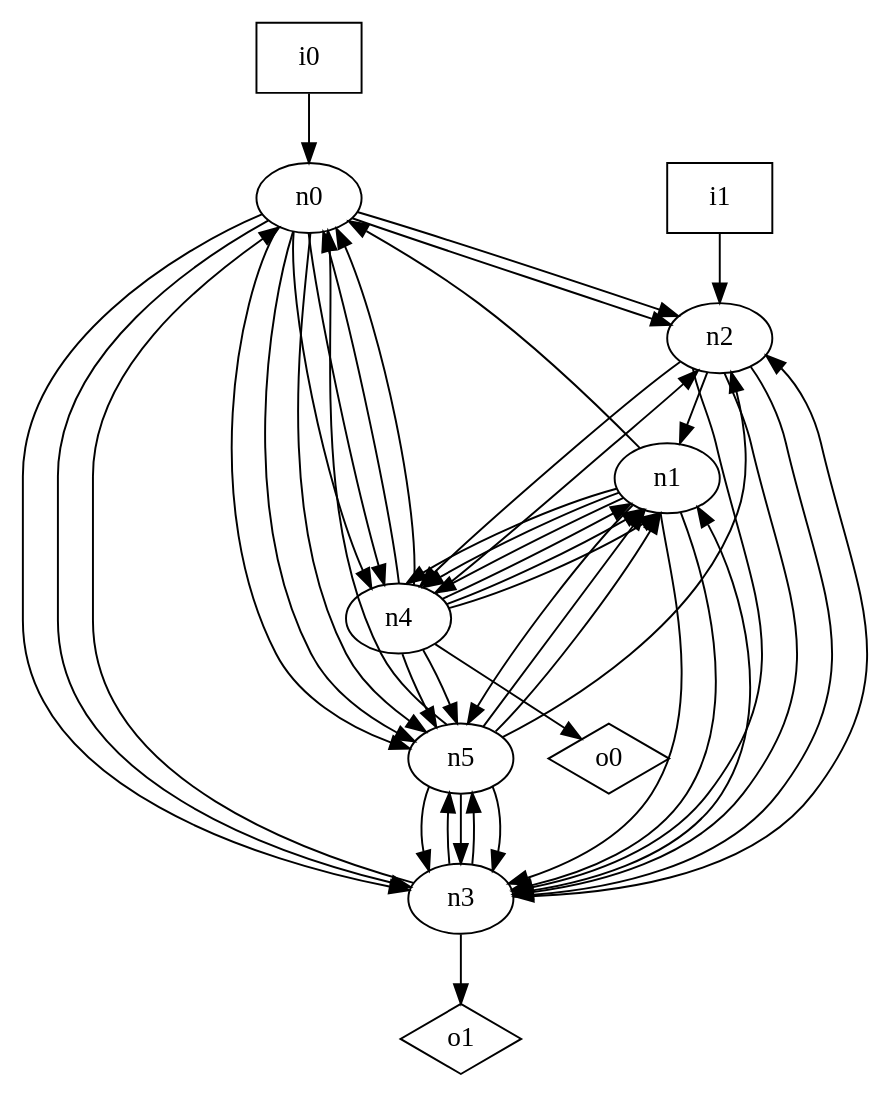
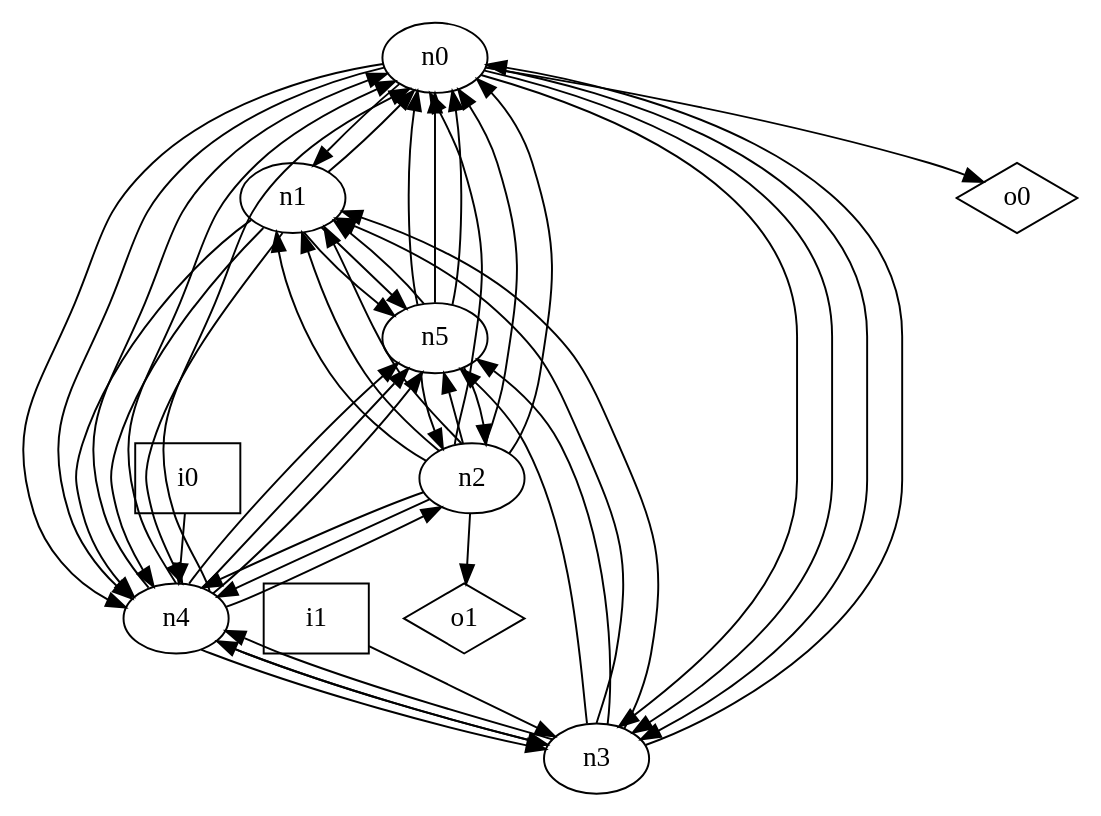
Before and after one commit to p9romain/bool-circuits: the diagram in dot_files/random/random_loop_free_graph.dot, drawn with Graphviz. The commit also changed 30 other files, not shown here.

```diff
--- a/dot_files/random/random_loop_free_graph.dot
+++ b/dot_files/random/random_loop_free_graph.dot
@@ -1,57 +1,59 @@
 digraph G {
 n0 [label="n0"];
 n1 [label="n1"];
 n2 [label="n2"];
 n3 [label="n3"];
 n4 [label="n4"];
 n5 [label="n5"];
 n6 [label="i0",shape="box"];
 n7 [label="i1",shape="box"];
 n8 [label="o0",shape="diamond"];
 n9 [label="o1",shape="diamond"];
-n0 -> n2
-n0 -> n2
+n0 -> n1
+n0 -> n3
 n0 -> n3
 n0 -> n3
 n0 -> n4
 n0 -> n4
-n0 -> n5
-n0 -> n5
-n0 -> n5
+n0 -> n8
 n1 -> n0
-n1 -> n3
-n1 -> n3
 n1 -> n4
 n1 -> n4
 n1 -> n4
 n1 -> n5
+n1 -> n5
+n2 -> n0
+n2 -> n0
+n2 -> n0
 n2 -> n1
-n2 -> n3
-n2 -> n3
-n2 -> n3
+n2 -> n1
+n2 -> n1
 n2 -> n4
+n2 -> n4
+n2 -> n5
+n2 -> n9
 n3 -> n0
 n3 -> n1
-n3 -> n2
+n3 -> n1
+n3 -> n4
+n3 -> n4
 n3 -> n5
 n3 -> n5
-n3 -> n9
 n4 -> n0
 n4 -> n0
-n4 -> n1
-n4 -> n1
-n4 -> n1
+n4 -> n0
 n4 -> n2
+n4 -> n3
+n4 -> n3
 n4 -> n5
 n4 -> n5
-n4 -> n8
+n4 -> n5
+n5 -> n0
+n5 -> n0
 n5 -> n0
 n5 -> n1
-n5 -> n1
 n5 -> n2
-n5 -> n3
-n5 -> n3
-n5 -> n3
-n6 -> n0
-n7 -> n2
+n5 -> n2
+n6 -> n4
+n7 -> n3
 }
```
